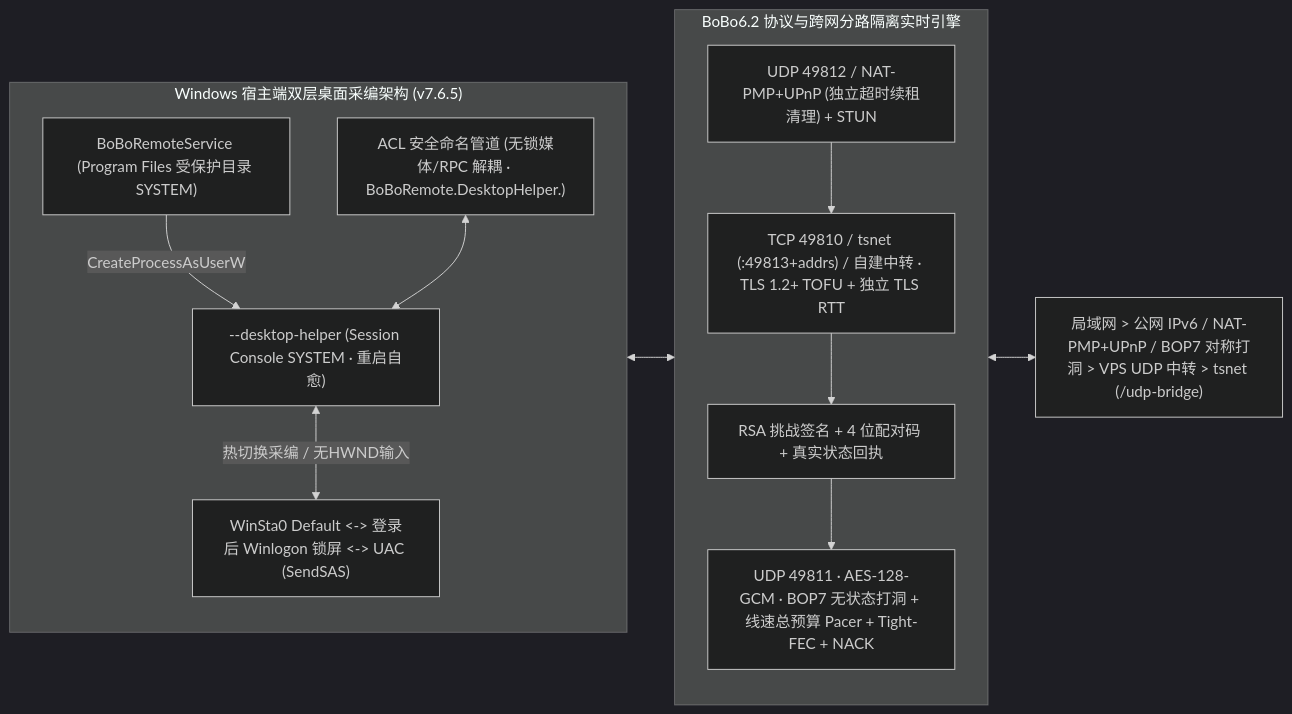
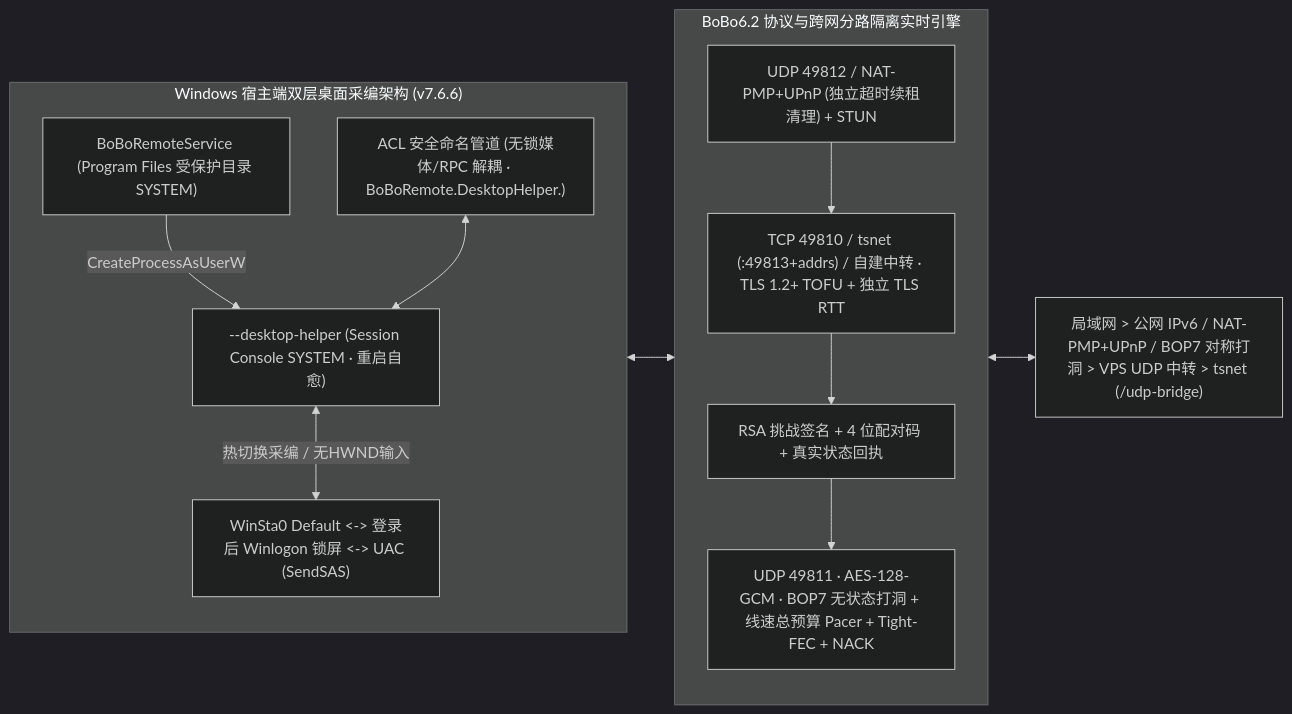
Before and after one commit to Gluxggg/BoBo-Remote: the diagram in README.md, drawn with Mermaid (dark theme). The commit also changed other lines of this file and 24 other files, not shown here.

````diff
--- a/README.md
+++ b/README.md
@@ -128,27 +131,27 @@
 ```mermaid
 flowchart LR
-  subgraph WINHOST["Windows 宿主端双层桌面采编架构 (v7.6.5)"]
+  subgraph WINHOST["Windows 宿主端双层桌面采编架构 (v7.6.6)"]
     direction TB
     SVC["BoBoRemoteService (Program Files 受保护目录 SYSTEM)"]
     HLP["--desktop-helper (Session Console SYSTEM · 重启自愈)"]
     DESK["WinSta0 Default <-> 登录后 Winlogon 锁屏 <-> UAC (SendSAS)"]
     PIPE["ACL 安全命名管道 (无锁媒体/RPC 解耦 · BoBoRemote.DesktopHelper.<sid>)"]
     SVC -->|CreateProcessAsUserW| HLP
     HLP <-->|热切换采编 / 无HWND输入| DESK
     PIPE <--> HLP
   end
 
   subgraph PROTO["BoBo6.2 协议与跨网分路隔离实时引擎"]
     direction TB
     DISC["UDP 49812 / NAT-PMP+UPnP (独立超时续租清理) + STUN"]
     TLS["TCP 49810 / tsnet (:49813+addrs) / 自建中转 · TLS 1.2+ TOFU + 独立 TLS RTT"]
     AUTH["RSA 挑战签名 + 4 位配对码 + 真实状态回执"]
     UDP["UDP 49811 · AES-128-GCM · BOP7 无状态打洞 + 线速总预算 Pacer + Tight-FEC + NACK"]
     DISC --> TLS --> AUTH --> UDP
   end
 
   NET["局域网 > 公网 IPv6 / NAT-PMP+UPnP / BOP7 对称打洞 > VPS UDP 中转 > tsnet (/udp-bridge)"]
 
   WINHOST <--> PROTO
   PROTO <--> NET
 ```
````
